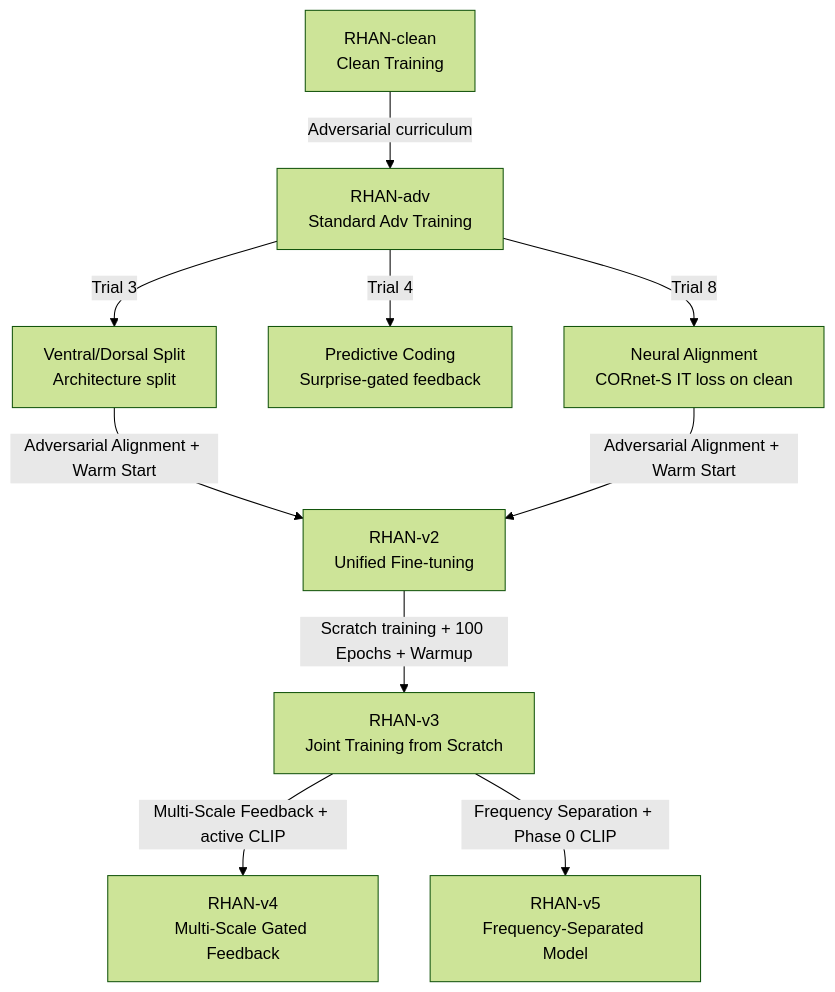
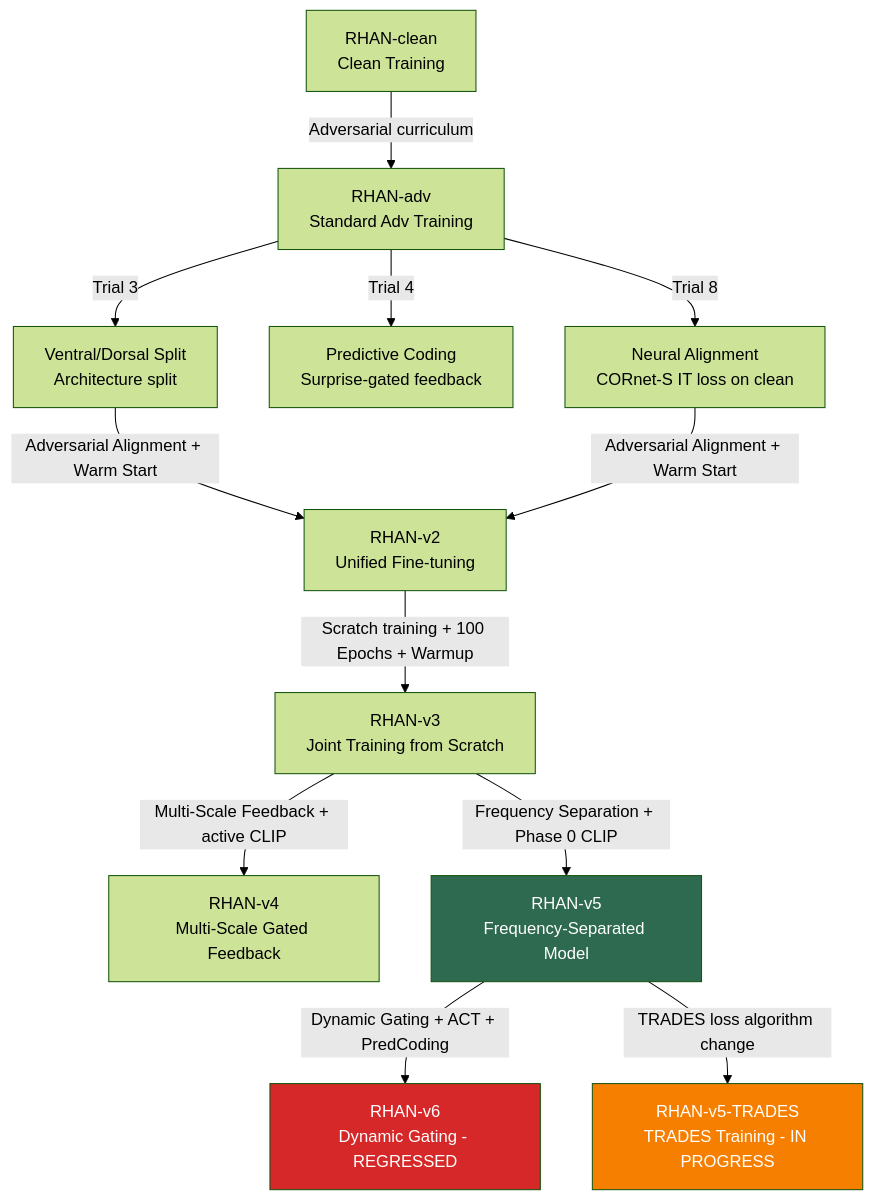
Before and after one commit to FerrariKazu/Adversarial-Cognitive-Model: the diagram in RHAN-history.md, drawn with Mermaid (forest theme). The commit also changed other lines of this file and 34 other files, not shown here.

First line of the commit message:
docs: comprehensive update through RHAN-v6, add all trial architectures and analysis scripts

````diff
--- a/RHAN-history.md
+++ b/RHAN-history.md
@@ -9,14 +9,21 @@
 ```mermaid
 graph TD
     RHAN_clean[RHAN-clean<br/>Clean Training] -->|Adversarial curriculum| RHAN_adv[RHAN-adv<br/>Standard Adv Training]
     
     RHAN_adv -->|Trial 3| Split[Ventral/Dorsal Split<br/>Architecture split]
     RHAN_adv -->|Trial 4| PredCoding[Predictive Coding<br/>Surprise-gated feedback]
     RHAN_adv -->|Trial 8| Aligned[Neural Alignment<br/>CORnet-S IT loss on clean]
     
     Split & Aligned -->|Adversarial Alignment + Warm Start| RHAN_v2[RHAN-v2<br/>Unified Fine-tuning]
     RHAN_v2 -->|Scratch training + 100 Epochs + Warmup| RHAN_v3[RHAN-v3<br/>Joint Training from Scratch]
     
     RHAN_v3 -->|Multi-Scale Feedback + active CLIP| RHAN_v4[RHAN-v4<br/>Multi-Scale Gated Feedback]
     RHAN_v3 -->|Frequency Separation + Phase 0 CLIP| RHAN_v5[RHAN-v5<br/>Frequency-Separated Model]
+    
+    RHAN_v5 -->|Dynamic Gating + ACT + PredCoding| RHAN_v6[RHAN-v6<br/>Dynamic Gating - REGRESSED]
+    RHAN_v5 -->|TRADES loss algorithm change| RHAN_TRADES[RHAN-v5-TRADES<br/>TRADES Training - IN PROGRESS]
+    
+    style RHAN_v5 fill:#2d6a4f,color:#fff
+    style RHAN_v6 fill:#d62828,color:#fff
+    style RHAN_TRADES fill:#f77f00,color:#fff
 ```
````
